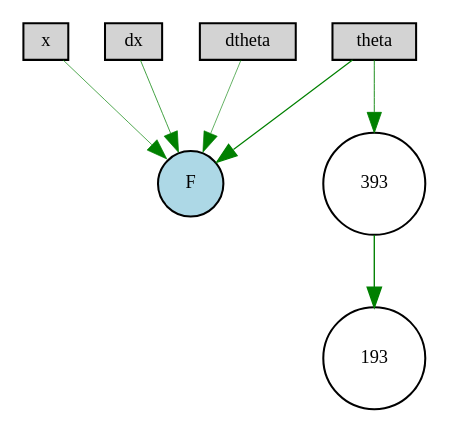
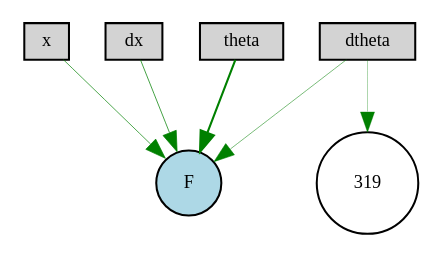
One commit to ericjhkim/CartpoleNEAT changed the diagram in winner-enabled-pruned.gv. Above: the diagram before and after it, drawn with Graphviz. The commit also changed 7 other files, not shown here.

```diff
--- a/winner-enabled-pruned.gv
+++ b/winner-enabled-pruned.gv
@@ -1,14 +1,13 @@
 digraph {
 	node [fontsize=9 height=0.2 shape=circle width=0.2]
 	x [fillcolor=lightgray shape=box style=filled]
 	dx [fillcolor=lightgray shape=box style=filled]
 	theta [fillcolor=lightgray shape=box style=filled]
 	dtheta [fillcolor=lightgray shape=box style=filled]
 	F [fillcolor=lightblue style=filled]
-	dtheta -> F [color=green penwidth=0.299948623005344 style=solid]
-	theta -> F [color=green penwidth=0.6046910418137016 style=solid]
-	dx -> F [color=green penwidth=0.3610583978309312 style=solid]
-	theta -> 393 [color=green penwidth=0.4336279544476238 style=solid]
-	393 -> 193 [color=green penwidth=0.6657226653277234 style=solid]
-	x -> F [color=green penwidth=0.33170404250324736 style=solid]
+	dtheta -> F [color=green penwidth=0.2554092767537598 style=solid]
+	theta -> F [color=green penwidth=1.0321894820368074 style=solid]
+	dx -> F [color=green penwidth=0.3639980830059679 style=solid]
+	dtheta -> 319 [color=green penwidth=0.15975767087070752 style=solid]
+	x -> F [color=green penwidth=0.3370620633988617 style=solid]
 }
```
